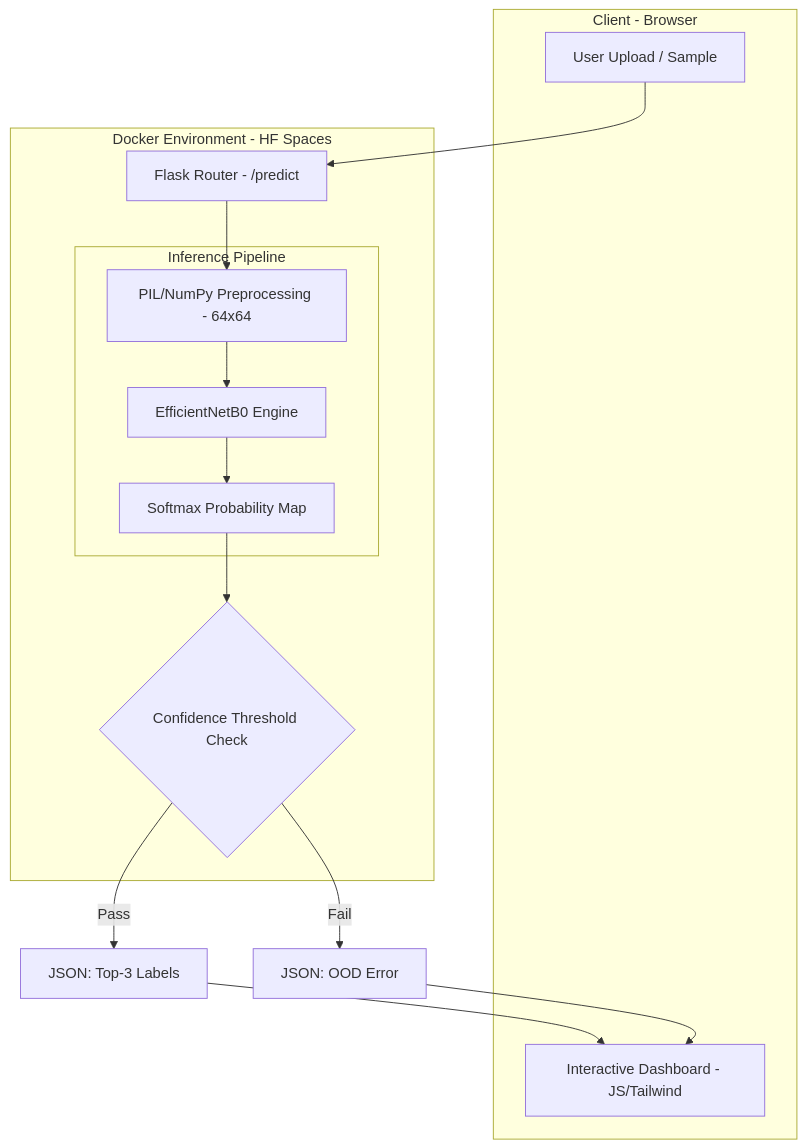
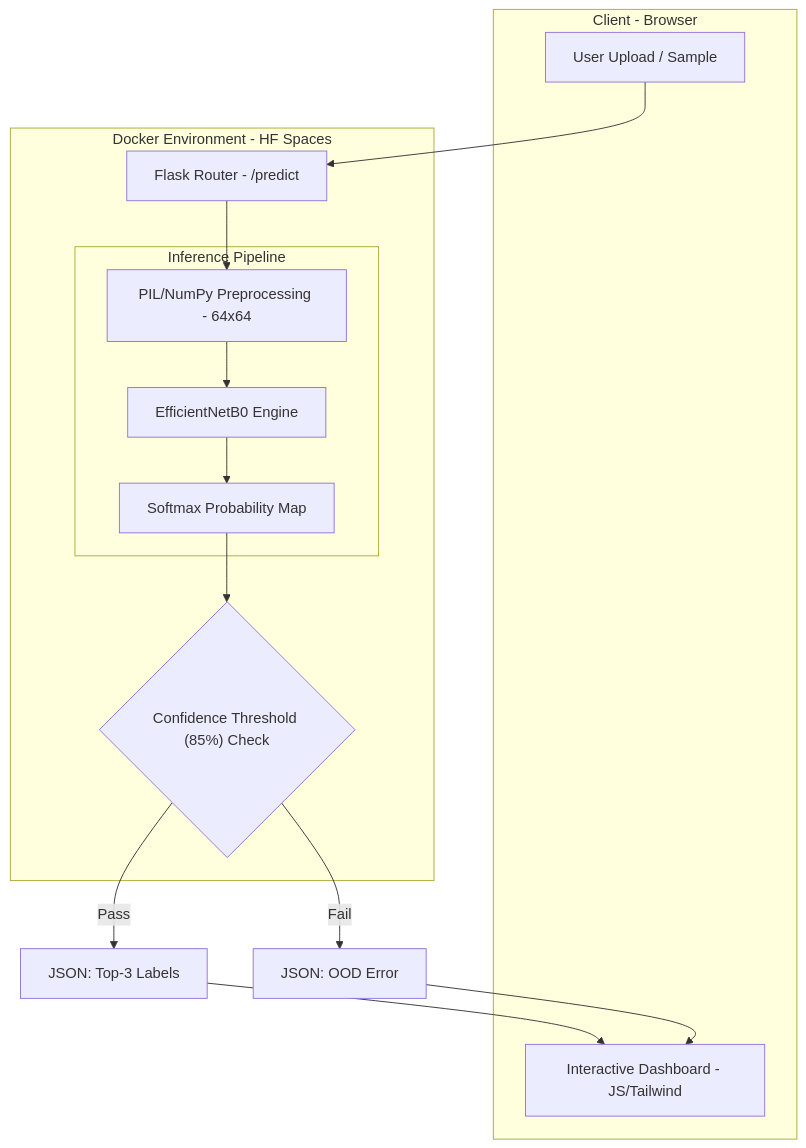
One commit to AaryanGotad/S.I.L.C. changed the diagram in README.md. Above: the diagram before and after it, drawn with Mermaid.

Commit message:
Update confidence threshold label in README

````diff
--- a/README.md
+++ b/README.md
@@ -242,29 +242,29 @@
 ```mermaid
 graph TD
     subgraph Client_Side [Client - Browser]
         A[User Upload / Sample]
         I[Interactive Dashboard - JS/Tailwind]
     end
 
     subgraph Docker_Runtime [Docker Environment - HF Spaces]
         B[Flask Router - /predict]
         
         subgraph AI_Pipeline [Inference Pipeline]
             C[PIL/NumPy Preprocessing - 64x64]
             D[EfficientNetB0 Engine]
             E[Softmax Probability Map]
         end
         
-        F{Confidence Threshold Check}
+        F{"Confidence Threshold (85%) Check"}
     end
 
     A --> B
     B --> C
     C --> D
     D --> E
     E --> F
     F -->|Pass| G[JSON: Top-3 Labels]
     F -->|Fail| H[JSON: OOD Error]
     G --> I
     H --> I
 ```
````
